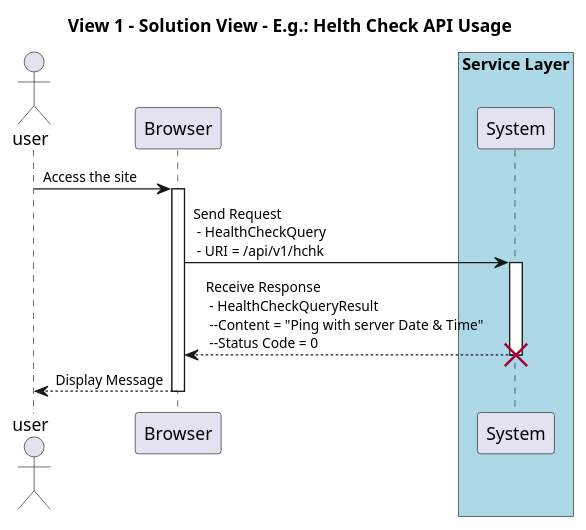
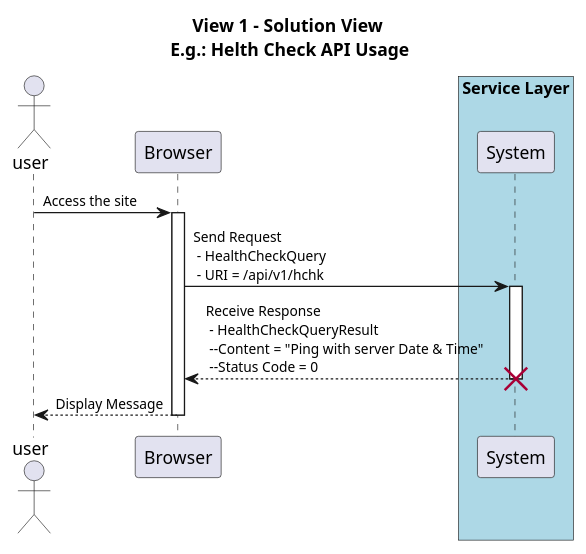
The diagram in diagrams/HealthCheck-View-01.puml (eLetterBank/springdemo), drawn with PlantUML before and after one commit. The commit also changed 2 other files, not shown here.

Commit message:
Defines SoC per view

```diff
--- a/diagrams/HealthCheck-View-01.puml
+++ b/diagrams/HealthCheck-View-01.puml
@@ -1,34 +1,34 @@
 @startuml
-title View 1 - Solution View - E.g.: Helth Check API Usage
+title View 1 - Solution View \nE.g.: Helth Check API Usage
 
 actor user
 participant Browser as bw
 
 box "Service Layer" #LightBlue
 participant "System" as hChekApi
 end box
 
 skinparam sequence {
     ActorFontName Arial
     ActorFontSize 11
 
     ParticipantFontName Arial
     ParticipantFontSize 11
 
     ArrowFontName Arial
     ArrowFontSize 11
 }
 
 user->bw: Access the site
 activate bw
 
 bw->hChekApi: Send Request \n - HealthCheckQuery \n - URI = /api/v1/hchk
 activate hChekApi
 hChekApi-->bw:Receive Response \n - HealthCheckQueryResult \n --Content = "Ping with server Date & Time" \n --Status Code = 0
 deactivate hChekApi
 destroy hChekApi
 
 bw-->user: Display Message
 deactivate bw
 
 @enduml
```
